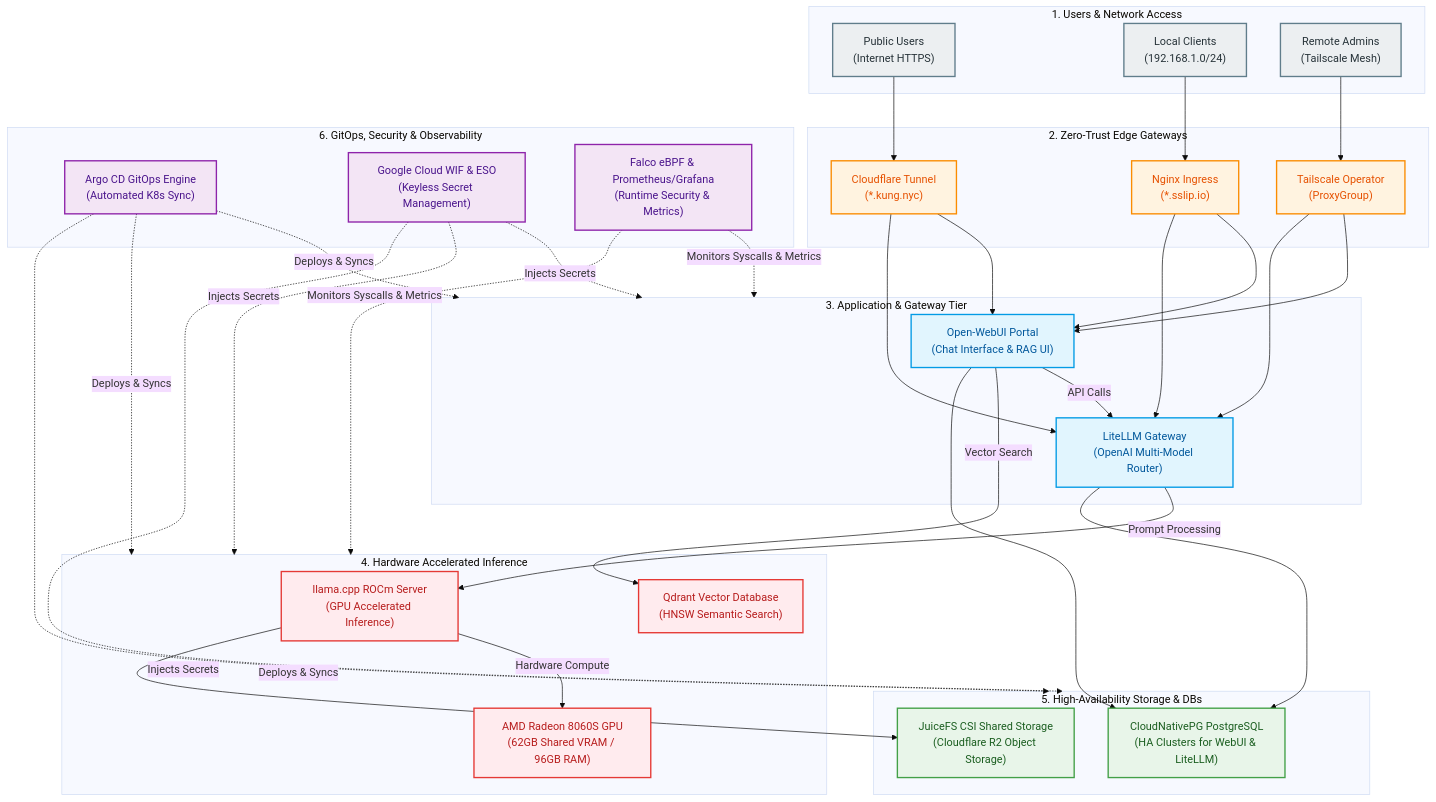
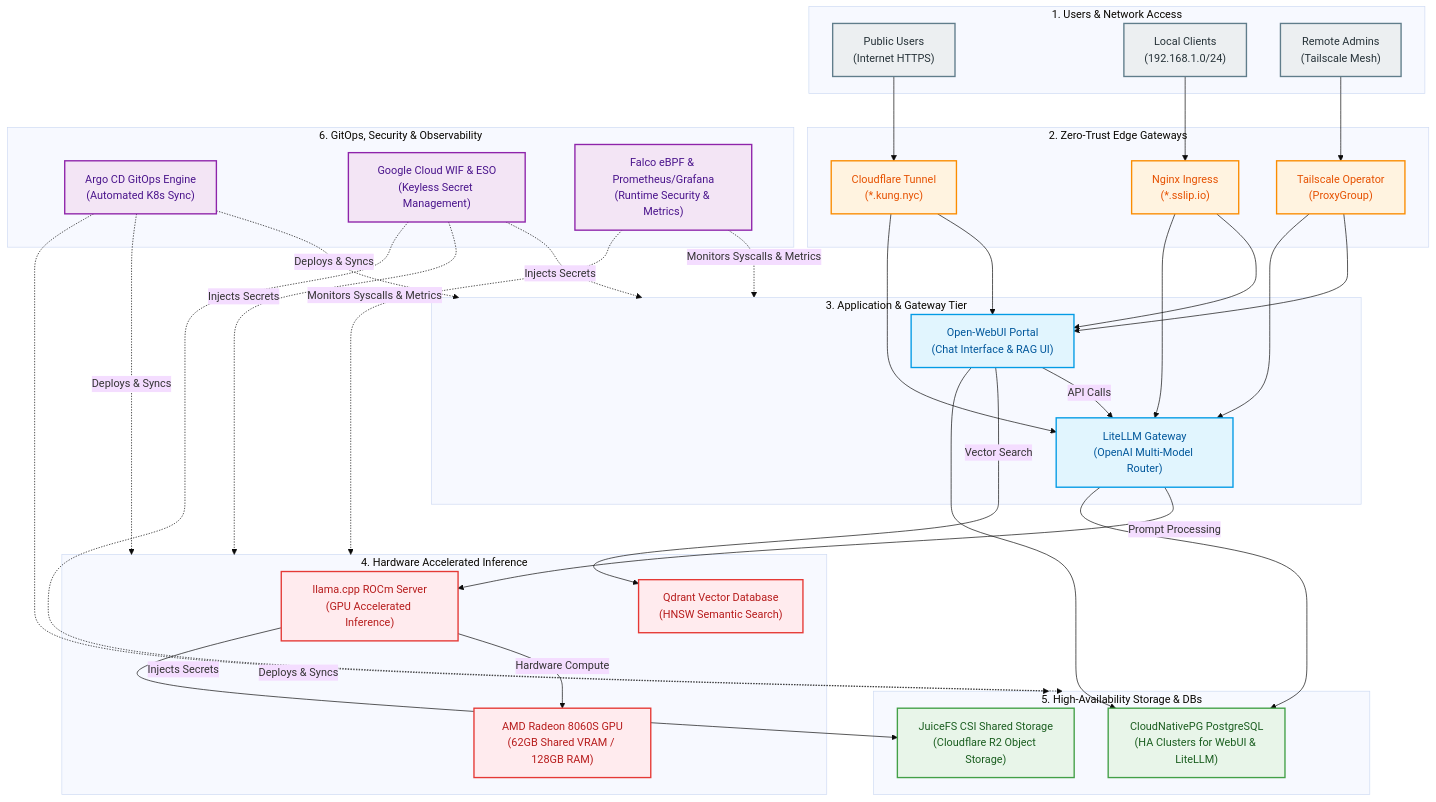
One commit to nykenkung/Cloud-Native_LLMOps_Infrastructure changed the diagram in README.md. Above: the diagram before and after it, drawn with Mermaid (base theme). The commit also changed other lines of this file, not shown here.

````diff
--- a/README.md
+++ b/README.md
@@ -171,69 +171,69 @@
 ```mermaid
 flowchart TD
     %% Styling Classes
     classDef clientStyle fill:#ECEFF1,stroke:#607D8B,stroke-width:2px,color:#263238;
     classDef edgeStyle fill:#FFF3E0,stroke:#FB8C00,stroke-width:2px,color:#E65100;
     classDef appStyle fill:#E1F5FE,stroke:#039BE5,stroke-width:2px,color:#01579B;
     classDef aiStyle fill:#FFEBEE,stroke:#E53935,stroke-width:2px,color:#B71C1C;
     classDef dataStyle fill:#E8F5E9,stroke:#43A047,stroke-width:2px,color:#1B5E20;
     classDef secStyle fill:#F3E5F5,stroke:#8E24AA,stroke-width:2px,color:#4A148C;
 
     subgraph UserLayer["1. Users & Network Access"]
         PublicWeb["Public Users<br/>(Internet HTTPS)"]:::clientStyle
         LocalLAN["Local Clients<br/>(192.168.1.0/24)"]:::clientStyle
         RemoteVPN["Remote Admins<br/>(Tailscale Mesh)"]:::clientStyle
     end
 
     subgraph IngressLayer["2. Zero-Trust Edge Gateways"]
         CFTunnel["Cloudflare Tunnel<br/>(*.kung.nyc)"]:::edgeStyle
         NginxIngress["Nginx Ingress<br/>(*.sslip.io)"]:::edgeStyle
         TailscaleProxy["Tailscale Operator<br/>(ProxyGroup)"]:::edgeStyle
     end
 
     subgraph AppLayer["3. Application & Gateway Tier"]
         OpenWebUI["Open-WebUI Portal<br/>(Chat Interface & RAG UI)"]:::appStyle
         LiteLLM["LiteLLM Gateway<br/>(OpenAI Multi-Model Router)"]:::appStyle
     end
 
     subgraph InferenceLayer["4. Hardware Accelerated Inference"]
         LlamaROCm["llama.cpp ROCm Server<br/>(GPU Accelerated Inference)"]:::aiStyle
-        AMD_GPU["AMD Radeon 8060S GPU<br/>(62GB Shared VRAM / 96GB RAM)"]:::aiStyle
+        AMD_GPU["AMD Radeon 8060S GPU<br/>(62GB Shared VRAM / 128GB RAM)"]:::aiStyle
         Qdrant["Qdrant Vector Database<br/>(HNSW Semantic Search)"]:::aiStyle
     end
 
     subgraph StorageLayer["5. High-Availability Storage & DBs"]
         PostgresDB["CloudNativePG PostgreSQL<br/>(HA Clusters for WebUI & LiteLLM)"]:::dataStyle
         JuiceFSStorage["JuiceFS CSI Shared Storage<br/>(Cloudflare R2 Object Storage)"]:::dataStyle
     end
 
     subgraph GovernanceLayer["6. GitOps, Security & Observability"]
         ArgoCD["Argo CD GitOps Engine<br/>(Automated K8s Sync)"]:::secStyle
         GCP_WIF["Google Cloud WIF & ESO<br/>(Keyless Secret Management)"]:::secStyle
         FalcoMonitoring["Falco eBPF & Prometheus/Grafana<br/>(Runtime Security & Metrics)"]:::secStyle
     end
 
     %% Network Routing
     PublicWeb --> CFTunnel
     LocalLAN --> NginxIngress
     RemoteVPN --> TailscaleProxy
 
     CFTunnel --> OpenWebUI & LiteLLM
     NginxIngress --> OpenWebUI & LiteLLM
     TailscaleProxy --> OpenWebUI & LiteLLM
 
     %% Core Application Flow
     OpenWebUI -->|API Calls| LiteLLM
     OpenWebUI -->|Vector Search| Qdrant
     LiteLLM -->|Prompt Processing| LlamaROCm
     LlamaROCm -->|Hardware Compute| AMD_GPU
 
     %% Data & State Persistence
     LiteLLM --> PostgresDB
     OpenWebUI --> PostgresDB
     LlamaROCm --> JuiceFSStorage
 
     %% Management, Secret & Observability Flow
     ArgoCD -.->|Deploys & Syncs| AppLayer & InferenceLayer & StorageLayer
     GCP_WIF -.->|Injects Secrets| AppLayer & InferenceLayer & StorageLayer
     FalcoMonitoring -.->|Monitors Syscalls & Metrics| AppLayer & InferenceLayer
 ```
````
